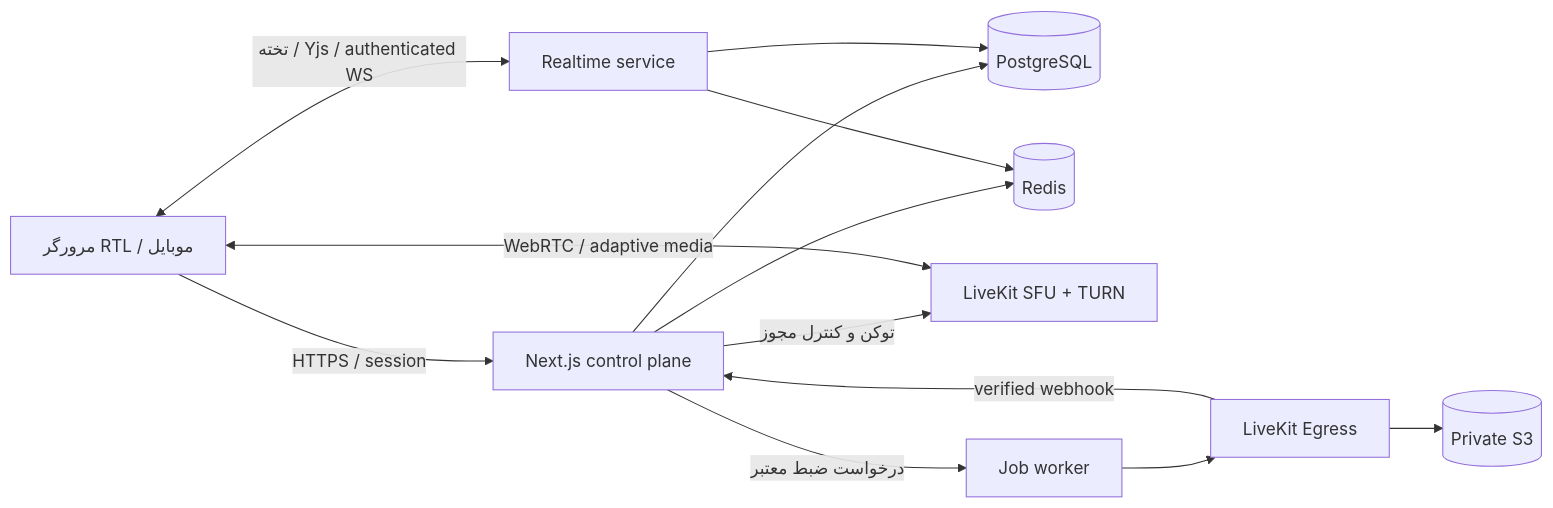
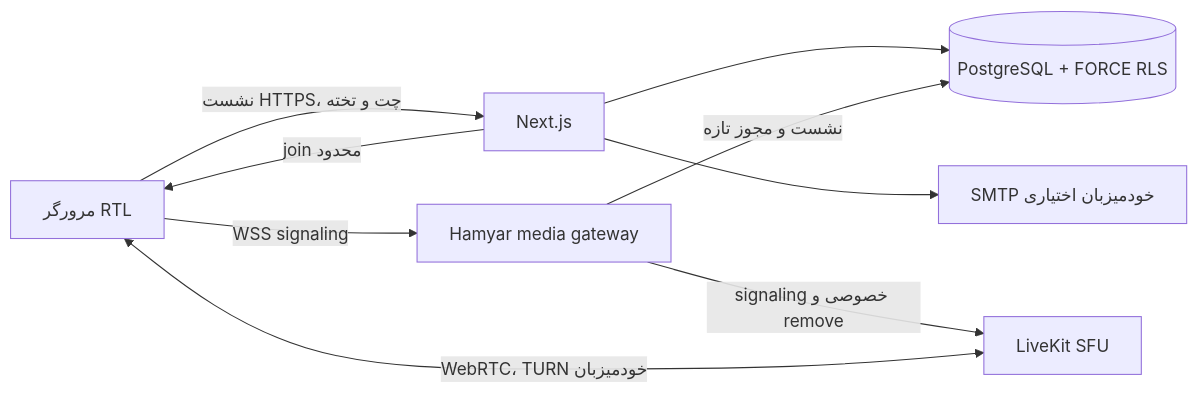
Before and after one commit to adib-rahamani-dev/hamyar: the diagram in docs/ARCHITECTURE.md, drawn with Mermaid. The commit also changed other lines of this file and 71 other files, not shown here.

````diff
--- a/docs/ARCHITECTURE.md
+++ b/docs/ARCHITECTURE.md
@@ -21,15 +20,11 @@
 ```mermaid
 flowchart LR
-  Browser[مرورگر RTL / موبایل] -->|HTTPS / session| App[Next.js control plane]
-  App --> DB[(PostgreSQL)]
-  App --> Redis[(Redis)]
-  App -->|توکن و کنترل مجوز| SFU[LiveKit SFU + TURN]
-  Browser <-->|WebRTC / adaptive media| SFU
-  Browser <-->|تخته / Yjs / authenticated WS| Realtime[Realtime service]
-  Realtime --> DB
-  Realtime --> Redis
-  App -->|درخواست ضبط معتبر| Worker[Job worker]
-  Worker --> Egress[LiveKit Egress]
-  Egress --> Storage[(Private S3)]
-  Egress -->|verified webhook| App
+ B[مرورگر RTL] -->|نشست HTTPS، چت و تخته| W[Next.js]
+ W --> D[(PostgreSQL + FORCE RLS)]
+ W -->|join محدود| B
+ B -->|WSS signaling| G[Hamyar media gateway]
+ G -->|نشست و مجوز تازه| D
+ G -->|signaling خصوصی و remove| S[LiveKit SFU]
+ B <-->|WebRTC، TURN خودمیزبان| S
+ W --> M[SMTP خودمیزبان اختیاری]
 ```
````
